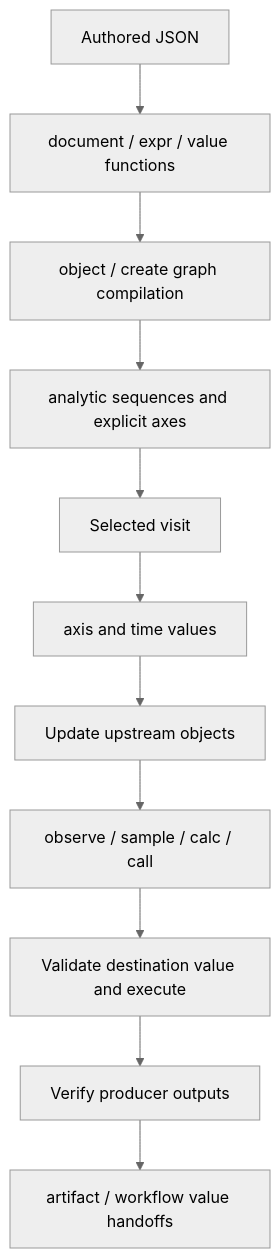
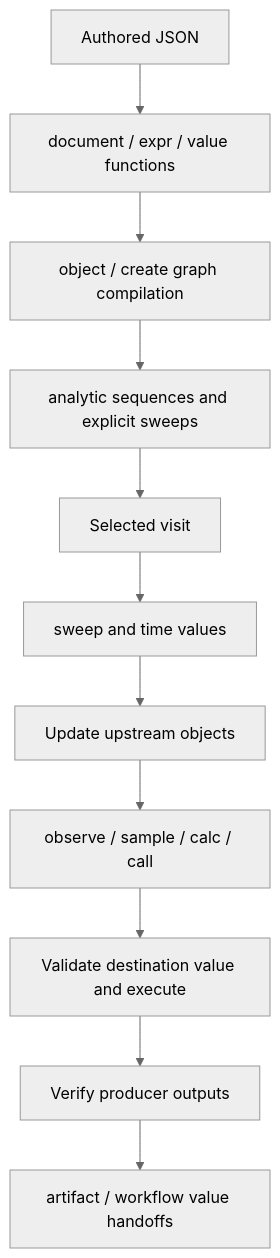
The diagram in docs/dollar-reference.md (schemaxis/schemaxis), drawn with Mermaid (neutral theme) before and after one commit. The commit also changed other lines of this file and 626 other files, not shown here.

````diff
--- a/docs/dollar-reference.md
+++ b/docs/dollar-reference.md
@@ -30,13 +30,13 @@
 ```mermaid
 flowchart TD
   A[Authored JSON] --> B[document / expr / value functions]
   B --> C[object / create graph compilation]
-  C --> D[analytic sequences and explicit axes]
+  C --> D[analytic sequences and explicit sweeps]
   D --> E[Selected visit]
-  E --> F[axis and time values]
+  E --> F[sweep and time values]
   F --> G[Update upstream objects]
   G --> H[observe / sample / calc / call]
   H --> I[Validate destination value and execute]
   I --> J[Verify producer outputs]
   J --> K[artifact / workflow value handoffs]
 ```
````
